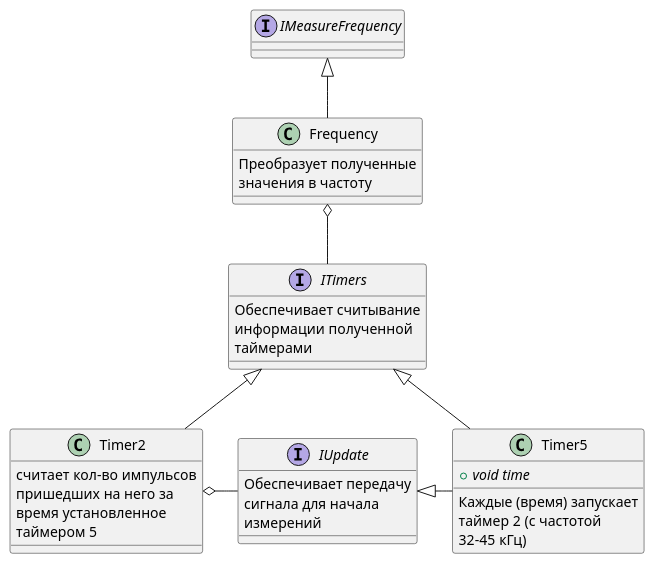
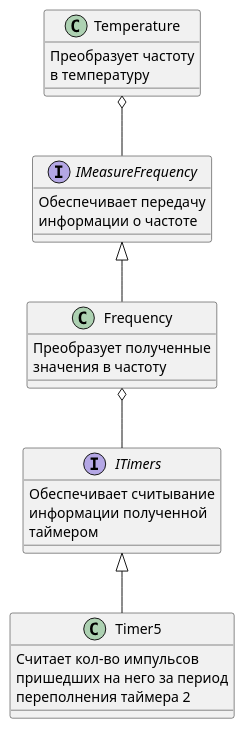
The diagram in DOC/PodDiagram.puml (Luda-Seliv-KE-413/Kursovoy), drawn with PlantUML before and after one commit. The commit also changed 3 other files, not shown here.

```diff
--- a/DOC/PodDiagram.puml
+++ b/DOC/PodDiagram.puml
@@ -1,43 +1,36 @@
-@startuml name1 
+@startuml Frequency 
 
 interface IMeasureFrequency
+{
+    Обеспечивает передачу 
+    информации о частоте 
+}
 class Frequency
 {
     Преобразует полученные
     значения в частоту
 }
 interface ITimers
 {
     Обеспечивает считывание
     информации полученной
-    таймерами
-}
-class Timer2
-{
-    считает кол-во импульсов
-    пришедших на него за
-    время установленное
-    таймером 5
-}
-interface IUpdate
-{
-    Обеспечивает передачу
-    сигнала для начала 
-    измерений
+    таймером
 }
 class Timer5
 {
-    + void {abstract} time
-    Каждые (время) запускает
-    таймер 2 (с частотой 
-    32-45 кГц)
+    Считает кол-во импульсов
+    пришедших на него за период 
+    переполнения таймера 2
+}
+class Temperature
+{
+    Преобразует частоту
+    в температуру
 }
 
 ITimers -up-o Frequency
-Timer2 -up-|> ITimers
 Timer5 -up-|> ITimers
 Frequency -up-|> IMeasureFrequency
-Timer2 o-right- IUpdate
-IUpdate <|-right- Timer5
+IMeasureFrequency -up-o Temperature
 
 @enduml
```
